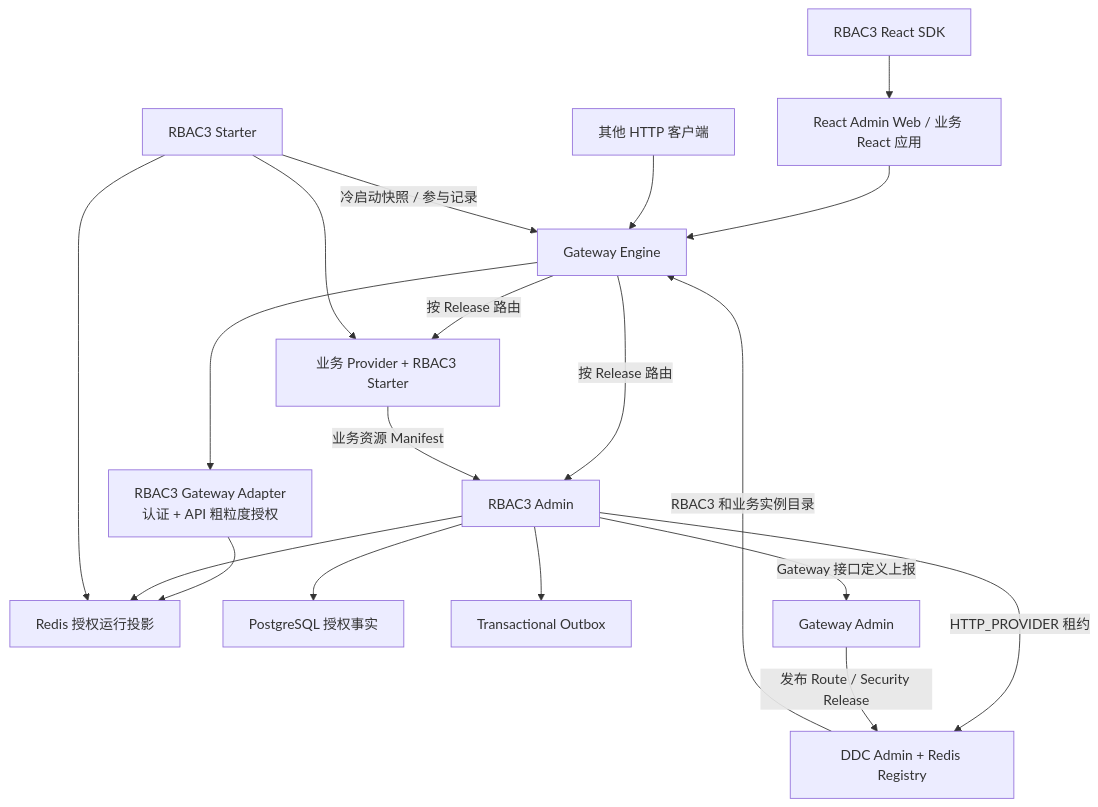
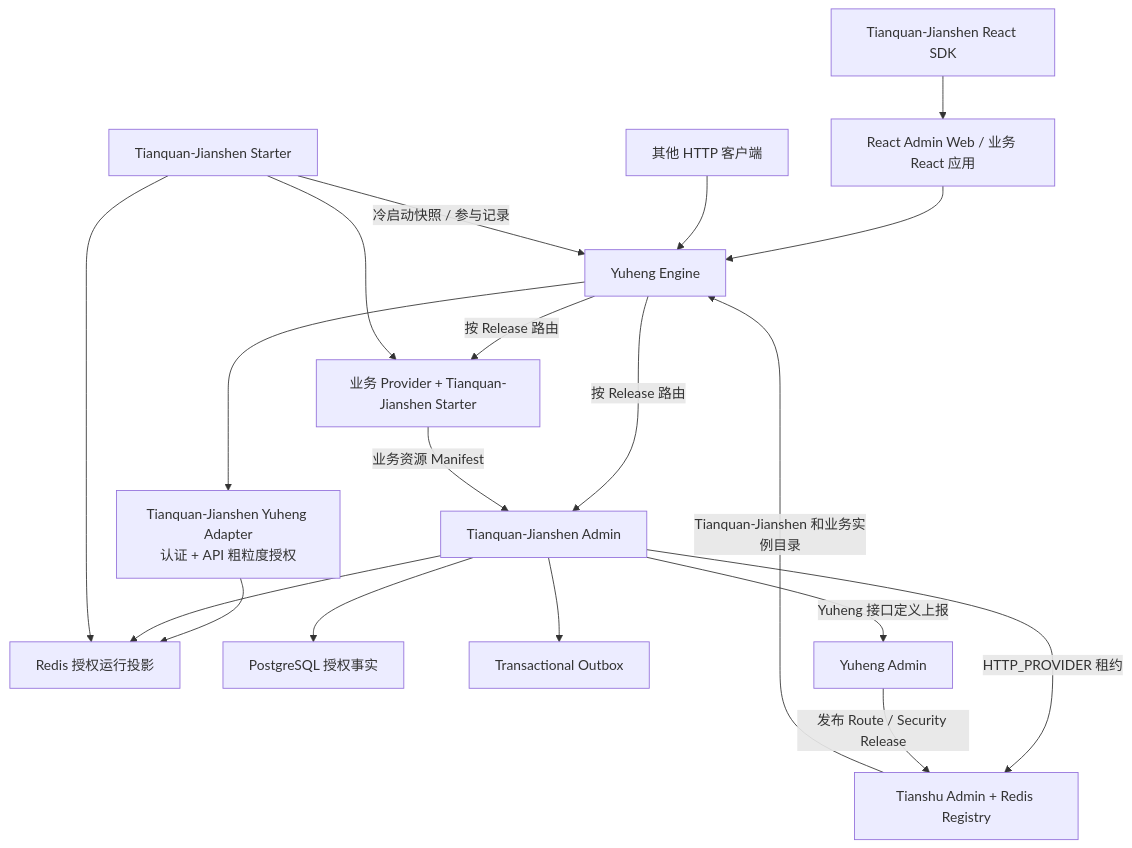
Before and after one commit to AllenDEricDAlexander/Egon-COLA: the first of 6 diagrams in docs/superpowers/specs/2026-07-30-rbac3-permission-platform-design.md, drawn with Mermaid. The commit also changed other lines of this file and 233 other files, not shown here.

````diff
--- a/docs/superpowers/specs/2026-07-30-rbac3-permission-platform-design.md
+++ b/docs/superpowers/specs/2026-07-30-rbac3-permission-platform-design.md
@@ -467,27 +467,27 @@
 ```mermaid
 flowchart TB
-    Browser["React Admin Web / 业务 React 应用"] --> Gateway["Gateway Engine"]
-    Client["其他 HTTP 客户端"] --> Gateway
+    Browser["React Admin Web / 业务 React 应用"] --> Yuheng["Yuheng Engine"]
+    Client["其他 HTTP 客户端"] --> Yuheng
 
-    Gateway --> GatewayAdapter["RBAC3 Gateway Adapter\n认证 + API 粗粒度授权"]
+    Yuheng --> GatewayAdapter["Tianquan-Jianshen Yuheng Adapter\n认证 + API 粗粒度授权"]
     GatewayAdapter --> RedisRuntime["Redis 授权运行投影"]
 
-    Gateway -->|"按 Release 路由"| RbacAdmin["RBAC3 Admin"]
-    Gateway -->|"按 Release 路由"| Business["业务 Provider + RBAC3 Starter"]
+    Yuheng -->|"按 Release 路由"| RbacAdmin["Tianquan-Jianshen Admin"]
+    Yuheng -->|"按 Release 路由"| Business["业务 Provider + Tianquan-Jianshen Starter"]
 
     RbacAdmin --> PostgreSQL["PostgreSQL 授权事实"]
     RbacAdmin --> RedisRuntime
     RbacAdmin --> Outbox["Transactional Outbox"]
 
-    RbacAdmin -->|"Gateway 接口定义上报"| GatewayAdmin["Gateway Admin"]
-    RbacAdmin -->|"HTTP_PROVIDER 租约"| DDC["DDC Admin + Redis Registry"]
+    RbacAdmin -->|"Yuheng 接口定义上报"| GatewayAdmin["Yuheng Admin"]
+    RbacAdmin -->|"HTTP_PROVIDER 租约"| Tianshu["Tianshu Admin + Redis Registry"]
     Business -->|"业务资源 Manifest"| RbacAdmin
 
-    GatewayAdmin -->|"发布 Route / Security Release"| DDC
-    DDC -->|"RBAC3 和业务实例目录"| Gateway
+    GatewayAdmin -->|"发布 Route / Security Release"| Tianshu
+    Tianshu -->|"Tianquan-Jianshen 和业务实例目录"| Yuheng
 
-    ReactSdk["RBAC3 React SDK"] --> Browser
-    Starter["RBAC3 Starter"] --> Business
+    ReactSdk["Tianquan-Jianshen React SDK"] --> Browser
+    Starter["Tianquan-Jianshen Starter"] --> Business
     Starter --> RedisRuntime
-    Starter -->|"冷启动快照 / 参与记录"| Gateway
+    Starter -->|"冷启动快照 / 参与记录"| Yuheng
 ```
````
